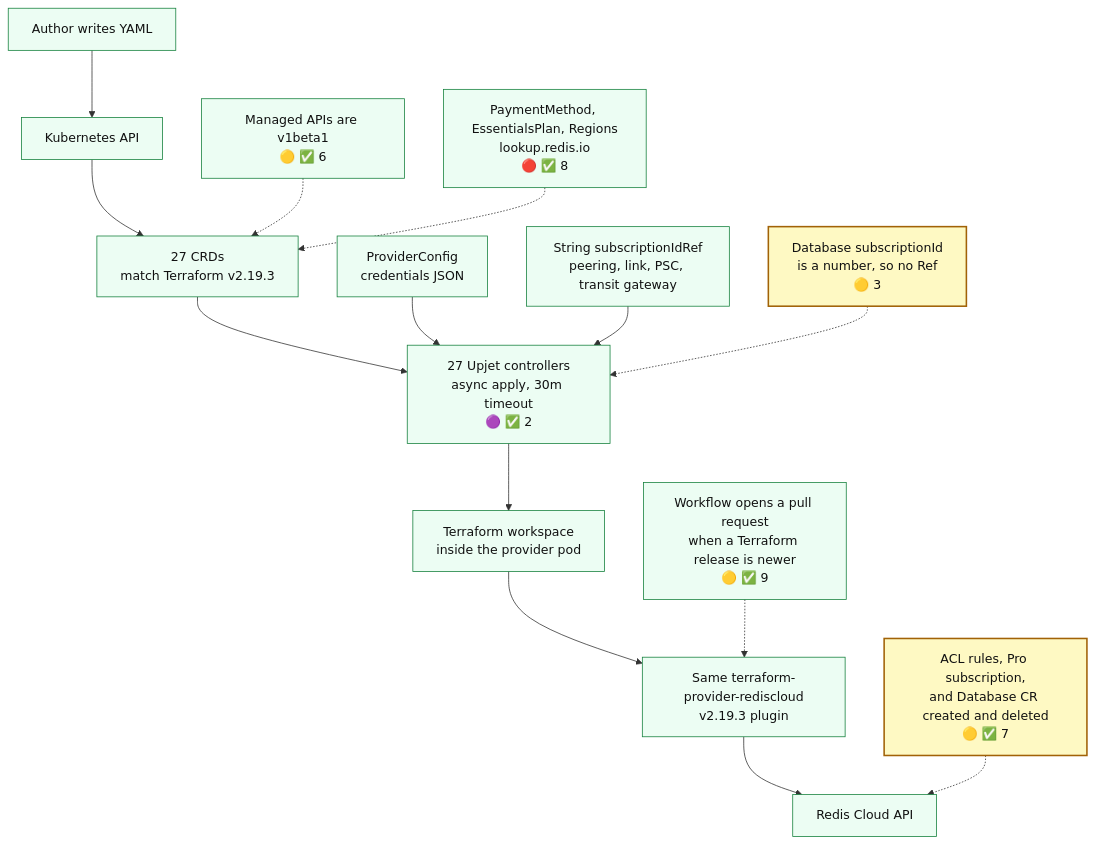
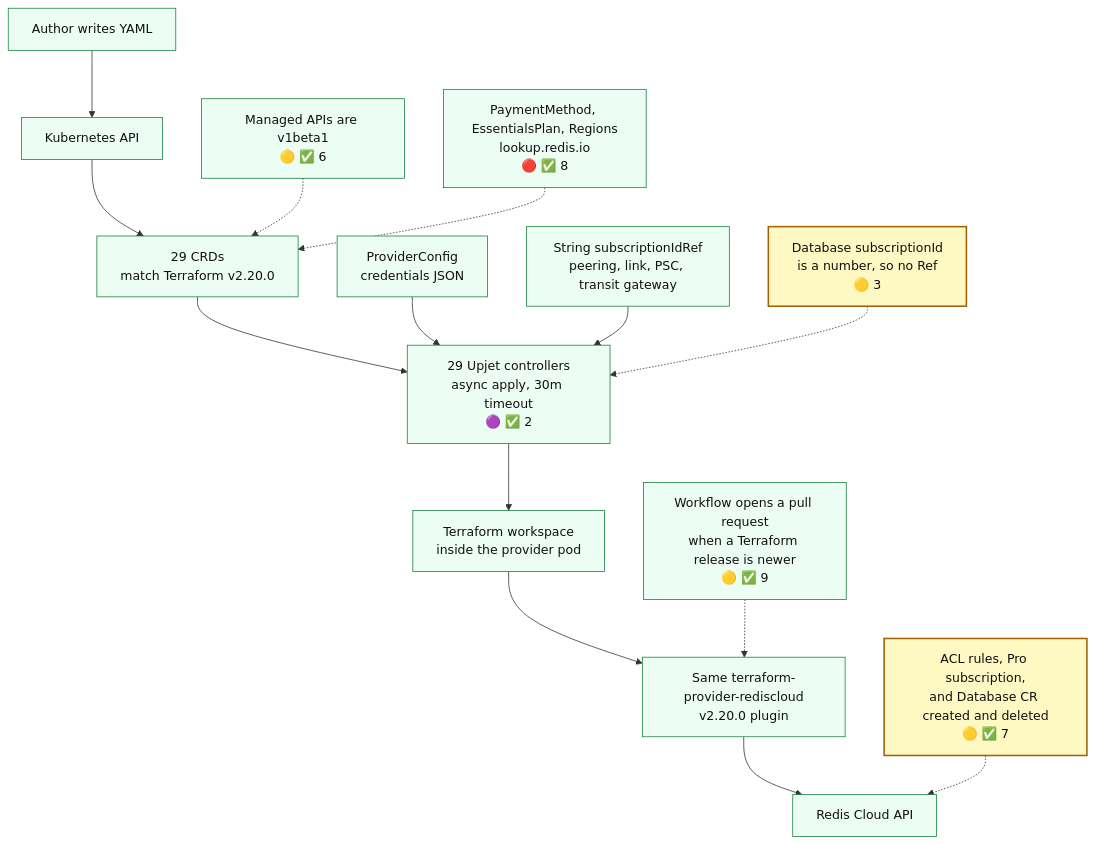
One commit to RedisLabs/crossplane-provider-rediscloud changed the second of 2 diagrams in docs/terraform-alignment.md. Above: the diagram before and after it, drawn with Mermaid. The commit also changed other lines of this file and 32 other files, not shown here.

First line of the commit message:
Generate Agent Memory from Terraform provider v2.20.0 (#30)

````diff
--- a/docs/terraform-alignment.md
+++ b/docs/terraform-alignment.md
@@ -75,34 +74,34 @@
 ```mermaid
 flowchart TB
   classDef present fill:#ecfdf3,stroke:#15803d,color:#111
   classDef high fill:#fee2e2,stroke:#b91c1c,stroke-width:2px,color:#111
   classDef medium fill:#fef9c3,stroke:#a16207,stroke-width:2px,color:#111
 
   author["Author writes YAML"]
   k8s["Kubernetes API"]
-  crd["27 CRDs\nmatch Terraform v2.19.3"]
+  crd["29 CRDs\nmatch Terraform v2.20.0"]
   beta["Managed APIs are v1beta1\n🟡 ✅ 6"]
   pc["ProviderConfig\ncredentials JSON"]
   refs["String subscriptionIdRef\npeering, link, PSC, transit gateway"]
   dbref["Database subscriptionId\nis a number, so no Ref\n🟡 3"]
   lookup["PaymentMethod, EssentialsPlan, Regions\nlookup.redis.io\n🔴 ✅ 8"]
-  ctrl["27 Upjet controllers\nasync apply, 30m timeout\n🟣 ✅ 2"]
+  ctrl["29 Upjet controllers\nasync apply, 30m timeout\n🟣 ✅ 2"]
   ws["Terraform workspace\ninside the provider pod"]
-  plugin["Same terraform-provider-rediscloud\nv2.19.3 plugin"]
+  plugin["Same terraform-provider-rediscloud\nv2.20.0 plugin"]
   cloud["Redis Cloud API"]
   proof["ACL rules, Pro subscription,\nand Database CR created and deleted\n🟡 ✅ 7"]
   track["Workflow opens a pull request\nwhen a Terraform release is newer\n🟡 ✅ 9"]
 
   author --> k8s --> crd --> ctrl
   beta -.-> crd
   pc --> ctrl
   refs --> ctrl
   dbref -.-> ctrl
   lookup -.-> crd
   ctrl --> ws --> plugin --> cloud
   proof -.-> cloud
   track -.-> plugin
 
   class author,k8s,crd,pc,refs,ctrl,ws,plugin,cloud,lookup,track,beta present
   class dbref,proof medium
 ```
````
